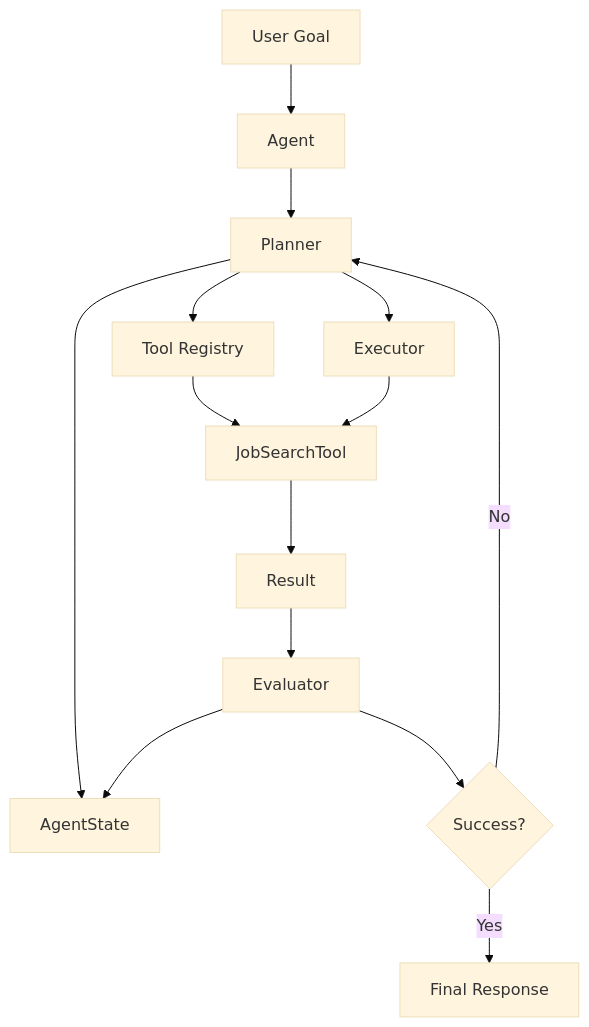
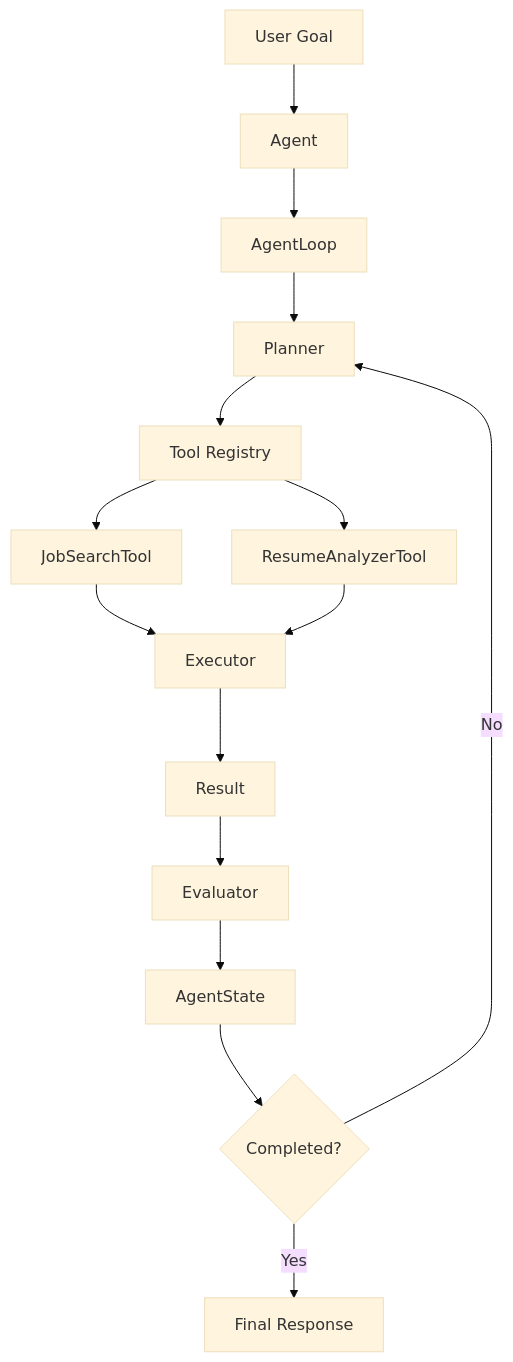
The first of 4 diagrams in README.md (YashzAlphaGeek/agent-engineering-lab), drawn with Mermaid (base theme) before and after one commit. The commit also changed other lines of this file, not shown here.

Commit message:
update of mermaid and components with folder structure

````diff
--- a/README.md
+++ b/README.md
@@ -16,31 +30,31 @@
 ```mermaid
 flowchart TD
 
     U[User Goal]
 
     U --> A[Agent]
 
-    A --> P[Planner]
+    A --> L[AgentLoop]
 
-    P --> S[AgentState]
+    L --> P[Planner]
 
     P --> T[Tool Registry]
 
     T --> JT[JobSearchTool]
+    T --> RT[ResumeAnalyzerTool]
 
-    P --> E[Executor]
+    JT --> E[Executor]
+    RT --> E
 
-    E --> JT
-
-    JT --> R[Result]
+    E --> R[Result]
 
     R --> EV[Evaluator]
 
-    EV --> S
+    EV --> S[AgentState]
 
-    EV --> C{Success?}
+    S --> C{Completed?}
+
+    C -->|No| P
 
     C -->|Yes| F[Final Response]
-
-    C -->|No| P
 ```
````
